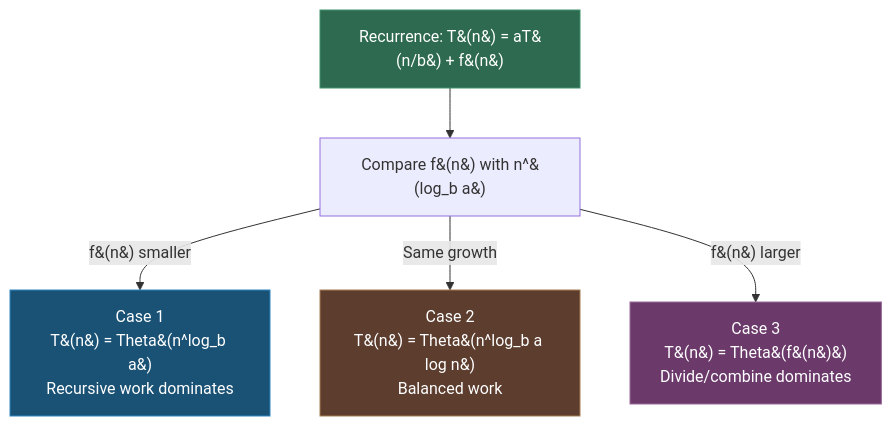
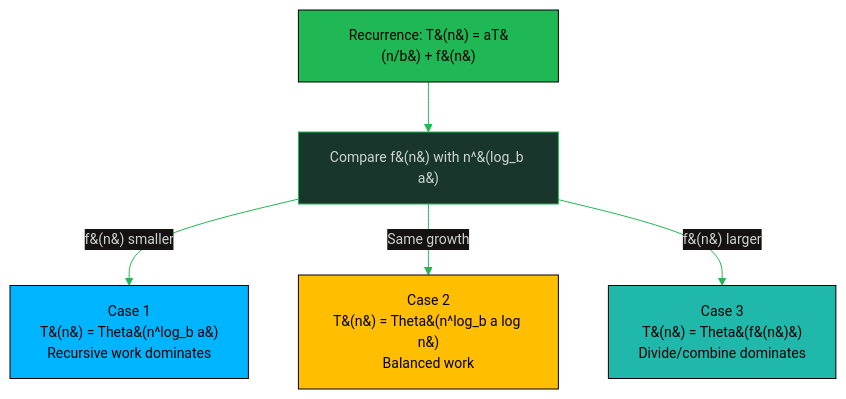
Before and after one commit to oat431/swe-knowledge: the diagram in math-for-software-engineering-note/03_basics_of_counting.md, drawn with Mermaid. The commit also changed other lines of this file and 18 other files, not shown here.

````diff
--- a/math-for-software-engineering-note/03_basics_of_counting.md
+++ b/math-for-software-engineering-note/03_basics_of_counting.md
@@ -135,12 +135,13 @@
 ```mermaid
+%%{init: {'theme':'base','themeVariables':{'primaryColor':'#19362D','primaryTextColor':'#CDD3D1','primaryBorderColor':'#1FB854','lineColor':'#1FB854','background':'#1B1717','mainBkg':'#19362D','clusterBkg':'#161212','edgeLabelBackground':'#161212','titleColor':'#1FB854','fontSize':'14px'}}}%%
 flowchart TD
     START["Recurrence: T&#40;n&#41; = aT&#40;n/b&#41; + f&#40;n&#41;"] --> COMP["Compare f&#40;n&#41; with n^&#40;log_b a&#41;"]
     COMP -->|f&#40;n&#41; smaller| C1["Case 1\nT&#40;n&#41; = Theta&#40;n^log_b a&#41;\nRecursive work dominates"]
     COMP -->|Same growth| C2["Case 2\nT&#40;n&#41; = Theta&#40;n^log_b a log n&#41;\nBalanced work"]
     COMP -->|f&#40;n&#41; larger| C3["Case 3\nT&#40;n&#41; = Theta&#40;f&#40;n&#41;&#41;\nDivide/combine dominates"]
 
-    style START fill:#2d6a4f,stroke:#40916c,color:#fff
-    style C1 fill:#1a5276,stroke:#2e86c1,color:#fff
-    style C2 fill:#5c3d2e,stroke:#a67c52,color:#fff
-    style C3 fill:#6b3a6b,stroke:#9b6b9b,color:#fff
+    style START fill:#1FB854,stroke:#000000,color:#000000
+    style C1 fill:#00B5FF,stroke:#000000,color:#000000
+    style C2 fill:#FFBE00,stroke:#000000,color:#000000
+    style C3 fill:#1FB8AB,stroke:#000000,color:#000000
 ```
````
